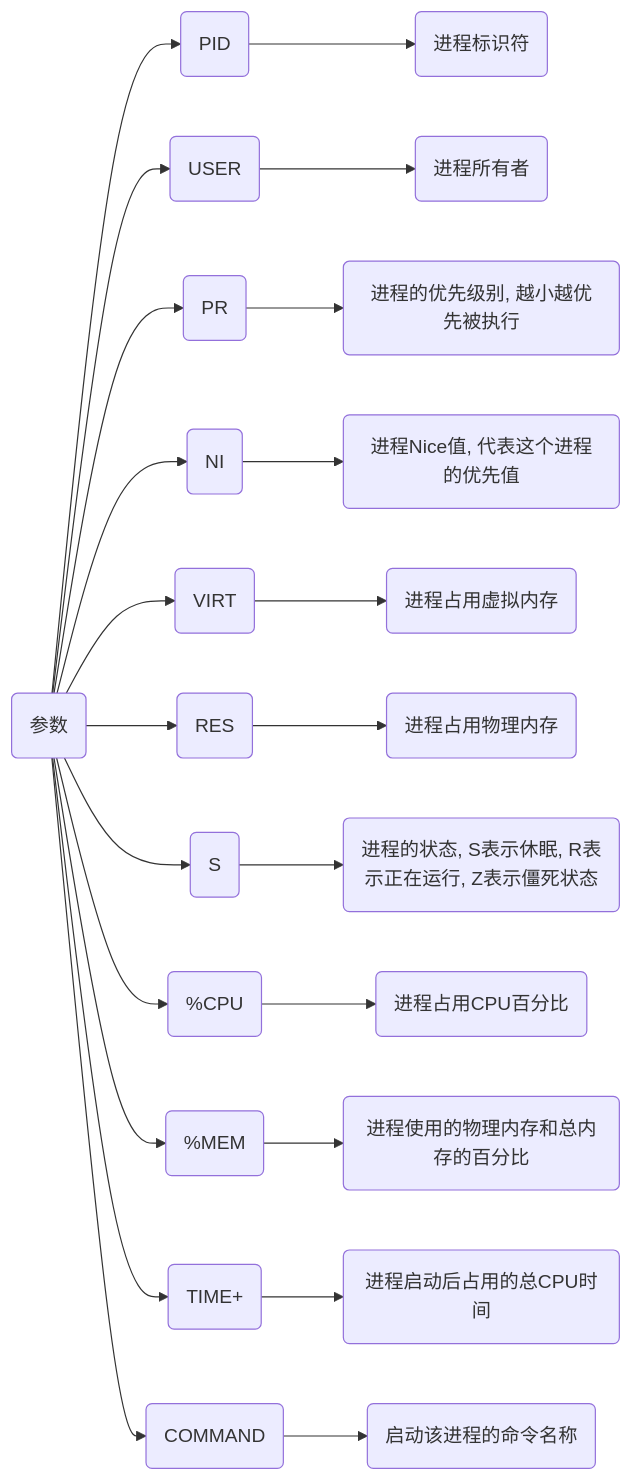
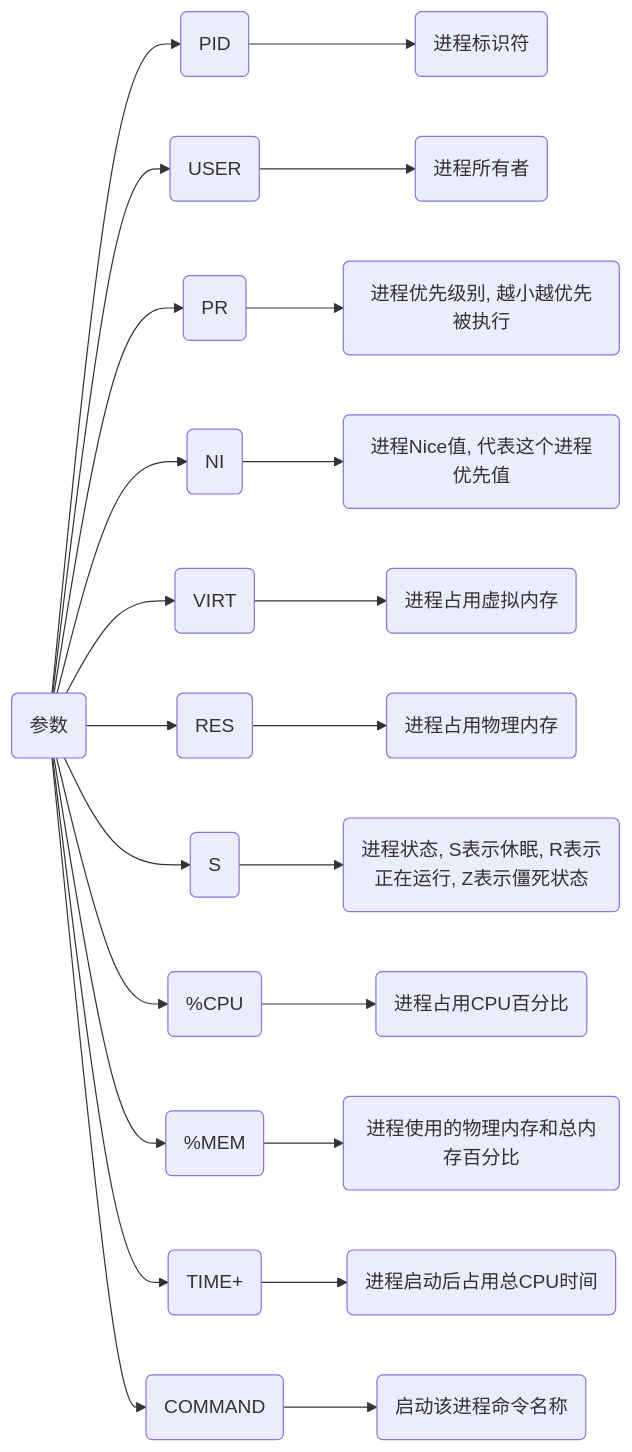
Before and after one commit to dmjcb/dmjcb.github.io: the first of 3 diagrams in _posts/OS/Linux/指令/2021-03-09-系统指令.md, drawn with Mermaid. The commit also changed other lines of this file and 74 other files, not shown here.

````diff
--- a/_posts/OS/Linux/指令/2021-03-09-系统指令.md
+++ b/_posts/OS/Linux/指令/2021-03-09-系统指令.md
@@ -21,15 +21,15 @@
 ```mermaid
 graph LR;
     X(参数)
     X-->B(PID)-->B1(进程标识符)
     X-->C(USER)-->C1(进程所有者)
-    X-->D(PR)-->D1(进程的优先级别, 越小越优先被执行 )
-    X-->E(NI)-->E1(进程Nice值, 代表这个进程的优先值)
+    X-->D(PR)-->D1(进程优先级别, 越小越优先被执行 )
+    X-->E(NI)-->E1(进程Nice值, 代表这个进程优先值)
     X-->F(VIRT)-->F1(进程占用虚拟内存)
     X-->G(RES)-->G1(进程占用物理内存)
-    X-->H(S)-->H1(进程的状态, S表示休眠, R表示正在运行, Z表示僵死状态)
+    X-->H(S)-->H1(进程状态, S表示休眠, R表示正在运行, Z表示僵死状态)
     X-->I(%CPU)-->I1(进程占用CPU百分比)
-    X-->J(%MEM)-->J1(进程使用的物理内存和总内存的百分比)
-    X-->K(TIME+)-->K1(进程启动后占用的总CPU时间)
-    X-->L(COMMAND)-->L1(启动该进程的命令名称)
+    X-->J(%MEM)-->J1(进程使用的物理内存和总内存百分比)
+    X-->K(TIME+)-->K1(进程启动后占用总CPU时间)
+    X-->L(COMMAND)-->L1(启动该进程命令名称)
 ```
````
